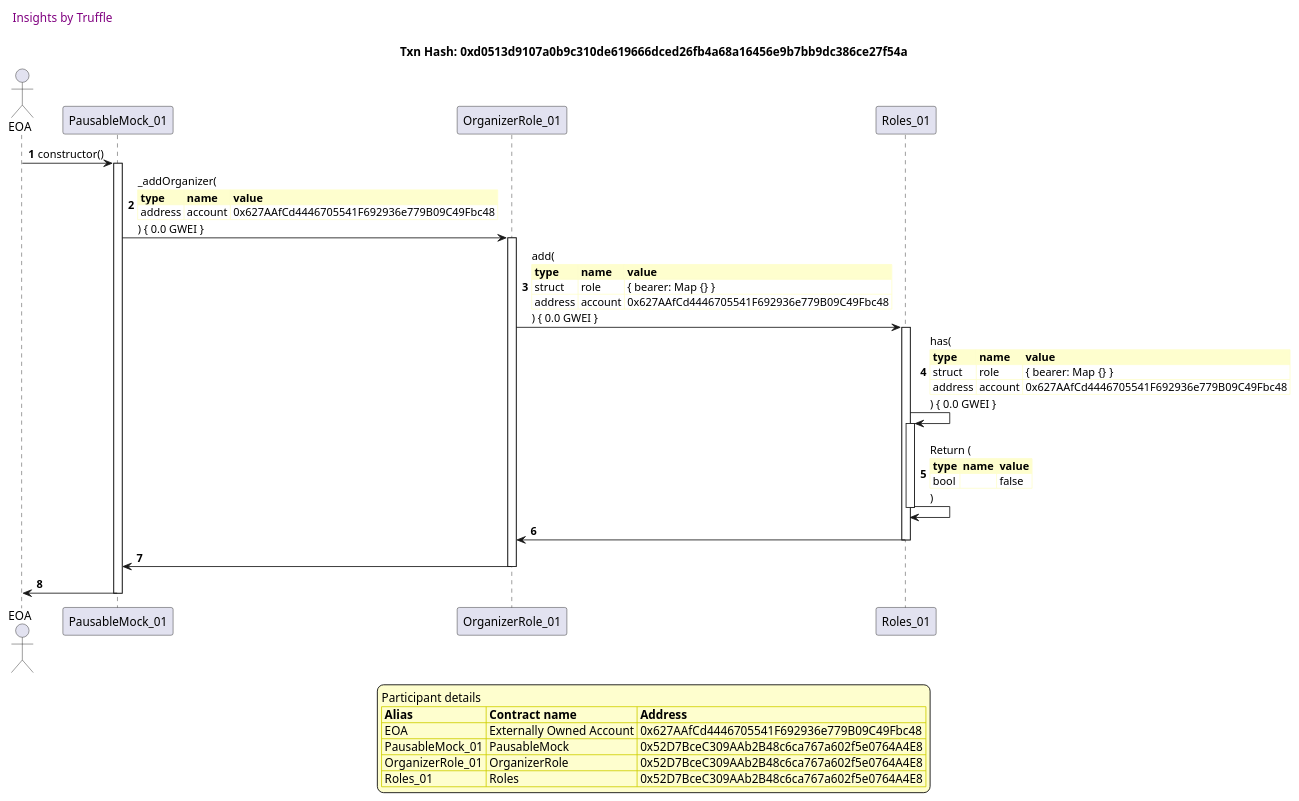
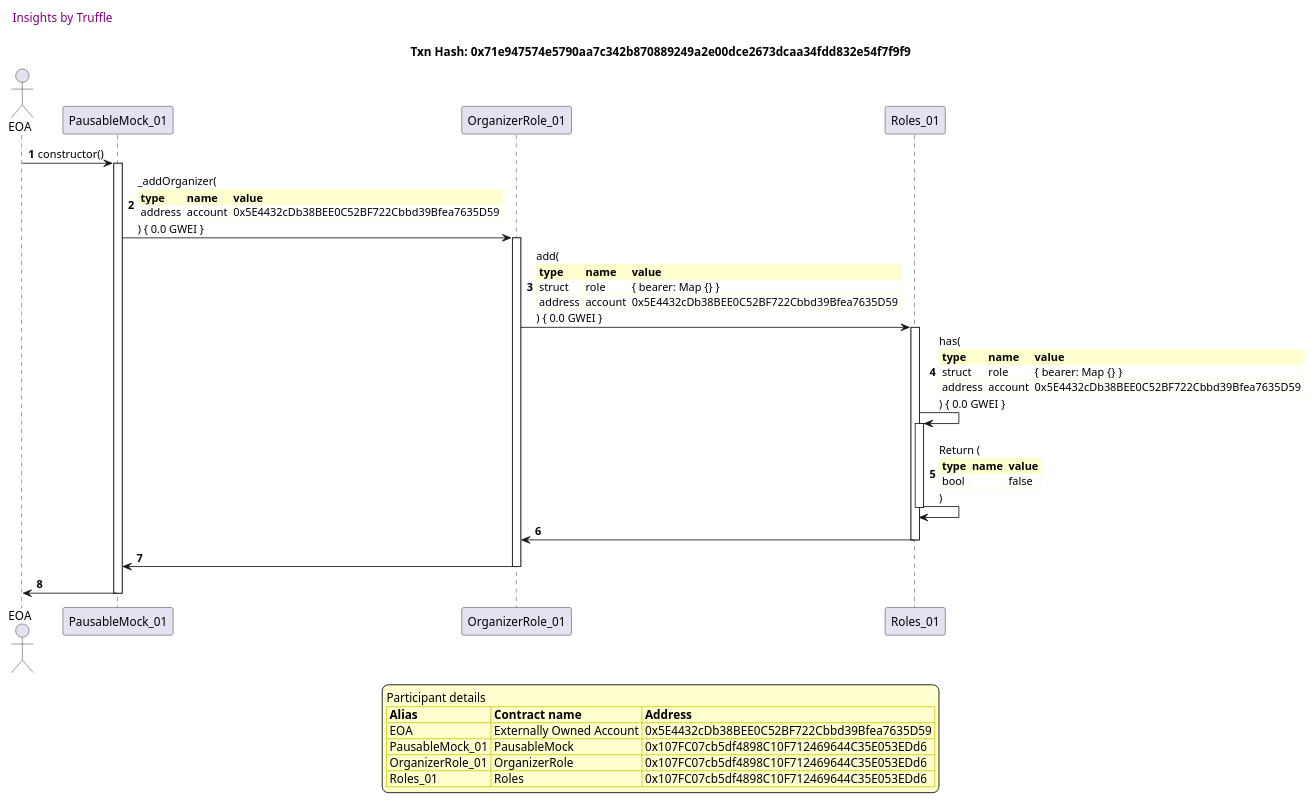
One commit to fodisi/hackapay changed the tenth of 12 diagrams in truffle-seq/lifecycle_pausable.md. Above: the diagram before and after it, drawn with PlantUML. The commit also changed other lines of this file and 10 other files, not shown here.

````diff
--- a/truffle-seq/lifecycle_pausable.md
+++ b/truffle-seq/lifecycle_pausable.md
@@ -600,61 +598,61 @@
 ```plantuml
 
 
 @startuml
 
 autonumber
 skinparam legendBackgroundColor #FEFECE
 
 <style>
       header {
         HorizontalAlignment left
         FontColor purple
         FontSize 14
         Padding 10
       }
     </style>
 
 header Insights by Truffle
 
-title Txn Hash: 0xd0513d9107a0b9c310de619666dced26fb4a68a16456e9b7bb9dc386ce27f54a
+title Txn Hash: 0x71e947574e5790aa7c342b870889249a2e00dce2673dcaa34fdd832e54f7f9f9
 
 
 actor EOA as "EOA"
 participant PausableMock_01 as "PausableMock_01"
 participant OrganizerRole_01 as "OrganizerRole_01"
 participant Roles_01 as "Roles_01"
 
 "EOA" -> "PausableMock_01" ++: constructor()
 "PausableMock_01" -> "OrganizerRole_01" ++: _addOrganizer(\n\
 <#FEFECE,#FEFECE>|= type |= name |= value |\n\
-| address | account | 0x627AAfCd4446705541F692936e779B09C49Fbc48 |\n\
+| address | account | 0x5E4432cDb38BEE0C52BF722Cbbd39Bfea7635D59 |\n\
 ) { 0.0 GWEI }
 "OrganizerRole_01" -> "Roles_01" ++: add(\n\
 <#FEFECE,#FEFECE>|= type |= name |= value |\n\
 | struct | role | { bearer: Map {} } |\n\
-| address | account | 0x627AAfCd4446705541F692936e779B09C49Fbc48 |\n\
+| address | account | 0x5E4432cDb38BEE0C52BF722Cbbd39Bfea7635D59 |\n\
 ) { 0.0 GWEI }
 "Roles_01" -> "Roles_01" ++: has(\n\
 <#FEFECE,#FEFECE>|= type |= name |= value |\n\
 | struct | role | { bearer: Map {} } |\n\
-| address | account | 0x627AAfCd4446705541F692936e779B09C49Fbc48 |\n\
+| address | account | 0x5E4432cDb38BEE0C52BF722Cbbd39Bfea7635D59 |\n\
 ) { 0.0 GWEI }
 "Roles_01" -> "Roles_01" --: Return (\n\
 <#FEFECE,#FEFECE>|= type |= name |= value |\n\
 | bool |  | false |\n\
 )
 "Roles_01" -> "OrganizerRole_01" --: 
 "OrganizerRole_01" -> "PausableMock_01" --: 
 "PausableMock_01" -> "EOA" --: 
 
 legend
 Participant details
 <#FEFECE,#D0D000>|= Alias |= Contract name |= Address |
-<#FEFECE>| EOA | Externally Owned Account | 0x627AAfCd4446705541F692936e779B09C49Fbc48 |
-<#FEFECE>| PausableMock_01 | PausableMock | 0x52D7BceC309AAb2B48c6ca767a602f5e0764A4E8 |
-<#FEFECE>| OrganizerRole_01 | OrganizerRole | 0x52D7BceC309AAb2B48c6ca767a602f5e0764A4E8 |
-<#FEFECE>| Roles_01 | Roles | 0x52D7BceC309AAb2B48c6ca767a602f5e0764A4E8 |
+<#FEFECE>| EOA | Externally Owned Account | 0x5E4432cDb38BEE0C52BF722Cbbd39Bfea7635D59 |
+<#FEFECE>| PausableMock_01 | PausableMock | 0x107FC07cb5df4898C10F712469644C35E053EDd6 |
+<#FEFECE>| OrganizerRole_01 | OrganizerRole | 0x107FC07cb5df4898C10F712469644C35E053EDd6 |
+<#FEFECE>| Roles_01 | Roles | 0x107FC07cb5df4898C10F712469644C35E053EDd6 |
 endlegend
 
 @enduml
 ```
````
